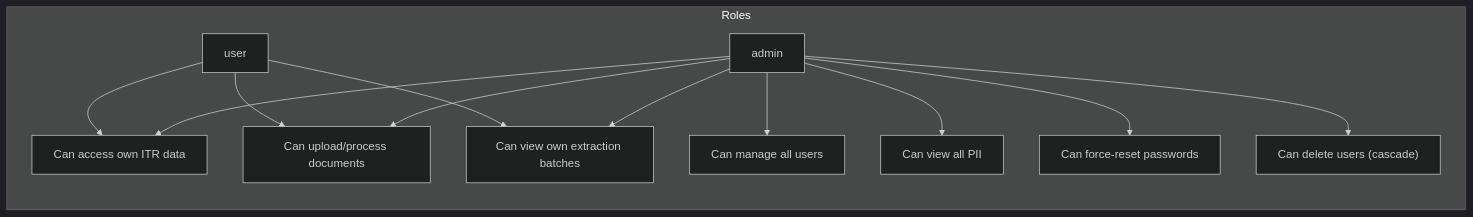
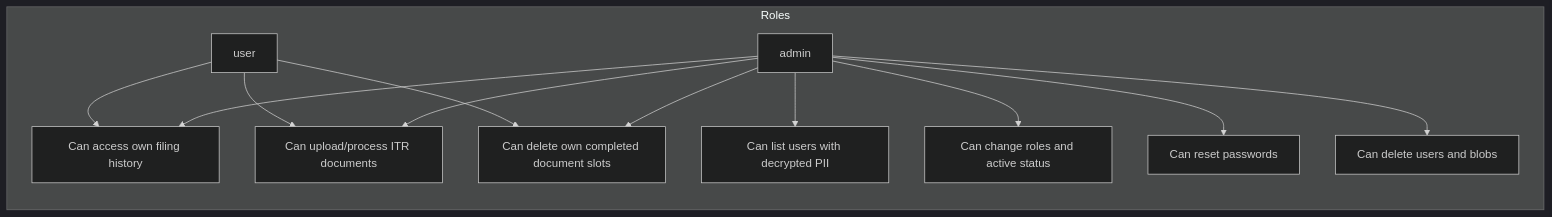
Before and after one commit to AmeDal/itr-filing-app: the fourth of 6 diagrams in docs/auth.md, drawn with Mermaid (dark theme). The commit also changed other lines of this file and 19 other files, not shown here.

First line of the commit message:
docs: sync AI context with current app architecture

````diff
--- a/docs/auth.md
+++ b/docs/auth.md
@@ -254,15 +254,15 @@
 ```mermaid
 graph LR
     subgraph Roles
-        A["user"] --> B["Can access own ITR data"]
-        A --> C["Can upload/process documents"]
-        A --> D["Can view own extraction batches"]
+        A["user"] --> B["Can access own filing history"]
+        A --> C["Can upload/process ITR documents"]
+        A --> D["Can delete own completed document slots"]
         E["admin"] --> B
         E --> C
         E --> D
-        E --> F["Can manage all users"]
-        E --> G["Can view all PII"]
-        E --> H["Can force-reset passwords"]
-        E --> I["Can delete users (cascade)"]
+        E --> F["Can list users with decrypted PII"]
+        E --> G["Can change roles and active status"]
+        E --> H["Can reset passwords"]
+        E --> I["Can delete users and blobs"]
     end
 ```
````
